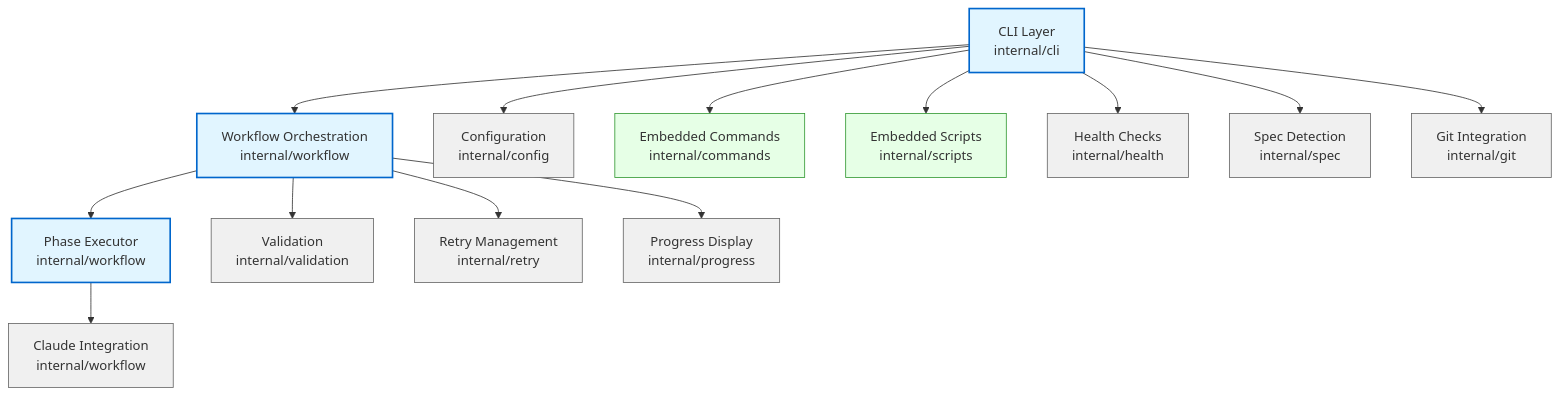
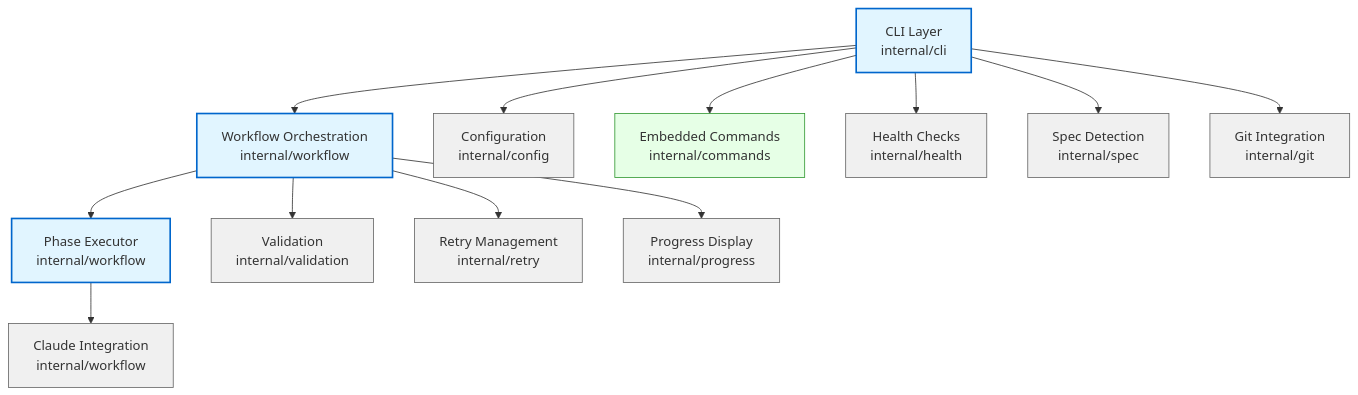
Before and after one commit to schoolboyqueue/autospec: the first of 4 diagrams in docs/architecture.md, drawn with Mermaid. The commit also changed other lines of this file and 6 other files, not shown here.

````diff
--- a/docs/architecture.md
+++ b/docs/architecture.md
@@ -18,23 +18,22 @@
 ```mermaid
 graph TB
     CLI[CLI Layer<br/>internal/cli] --> Workflow[Workflow Orchestration<br/>internal/workflow]
     CLI --> Config[Configuration<br/>internal/config]
     CLI --> Commands[Embedded Commands<br/>internal/commands]
-    CLI --> Scripts[Embedded Scripts<br/>internal/scripts]
     Workflow --> Executor[Phase Executor<br/>internal/workflow]
     Workflow --> Validation[Validation<br/>internal/validation]
     Workflow --> Retry[Retry Management<br/>internal/retry]
     Executor --> Claude[Claude Integration<br/>internal/workflow]
     CLI --> Health[Health Checks<br/>internal/health]
     CLI --> Spec[Spec Detection<br/>internal/spec]
     CLI --> Git[Git Integration<br/>internal/git]
     Workflow --> Progress[Progress Display<br/>internal/progress]
 
     classDef primary fill:#e1f5ff,stroke:#0066cc,stroke-width:2px
     classDef secondary fill:#f0f0f0,stroke:#666,stroke-width:1px
     classDef embedded fill:#e6ffe6,stroke:#339933,stroke-width:1px
 
     class CLI,Workflow,Executor primary
     class Config,Validation,Retry,Claude,Health,Spec,Git,Progress secondary
-    class Commands,Scripts embedded
+    class Commands embedded
 ```
````
